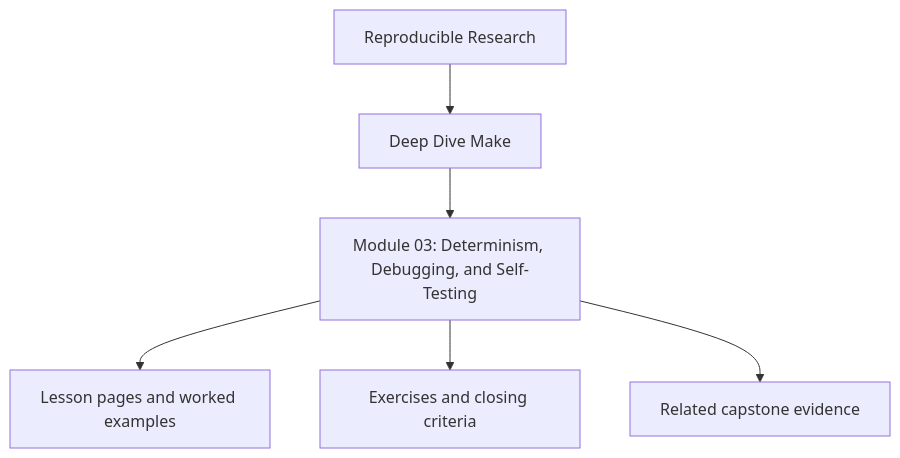
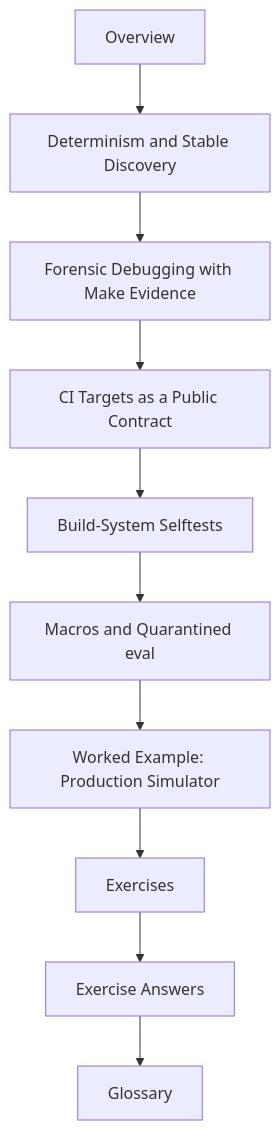
The diagram in programs/reproducible-research/deep-dive-make/course-book/module-03-determinism-debugging-self-testing/index.md (bijux/bijux-masterclass), drawn with Mermaid before and after one commit. The commit also changed other lines of this file and 10 other files, not shown here.

Commit message:
refactor(docs): split Make M03 into focused lesson files

````diff
--- a/programs/reproducible-research/deep-dive-make/course-book/module-03-determinism-debugging-self-testing/index.md
+++ b/programs/reproducible-research/deep-dive-make/course-book/module-03-determinism-debugging-self-testing/index.md
@@ -8,8 +24,12 @@
 ```mermaid
 flowchart TD
-  family["Reproducible Research"] --> program["Deep Dive Make"]
-  program --> module["Module 03: Determinism, Debugging, and Self-Testing"]
-  module --> lessons["Lesson pages and worked examples"]
-  module --> checkpoints["Exercises and closing criteria"]
-  module --> capstone["Related capstone evidence"]
+  start["Overview"] --> core1["Determinism and Stable Discovery"]
+  core1 --> core2["Forensic Debugging with Make Evidence"]
+  core2 --> core3["CI Targets as a Public Contract"]
+  core3 --> core4["Build-System Selftests"]
+  core4 --> core5["Macros and Quarantined eval"]
+  core5 --> example["Worked Example: Production Simulator"]
+  example --> practice["Exercises"]
+  practice --> answers["Exercise Answers"]
+  answers --> glossary["Glossary"]
 ```
````
